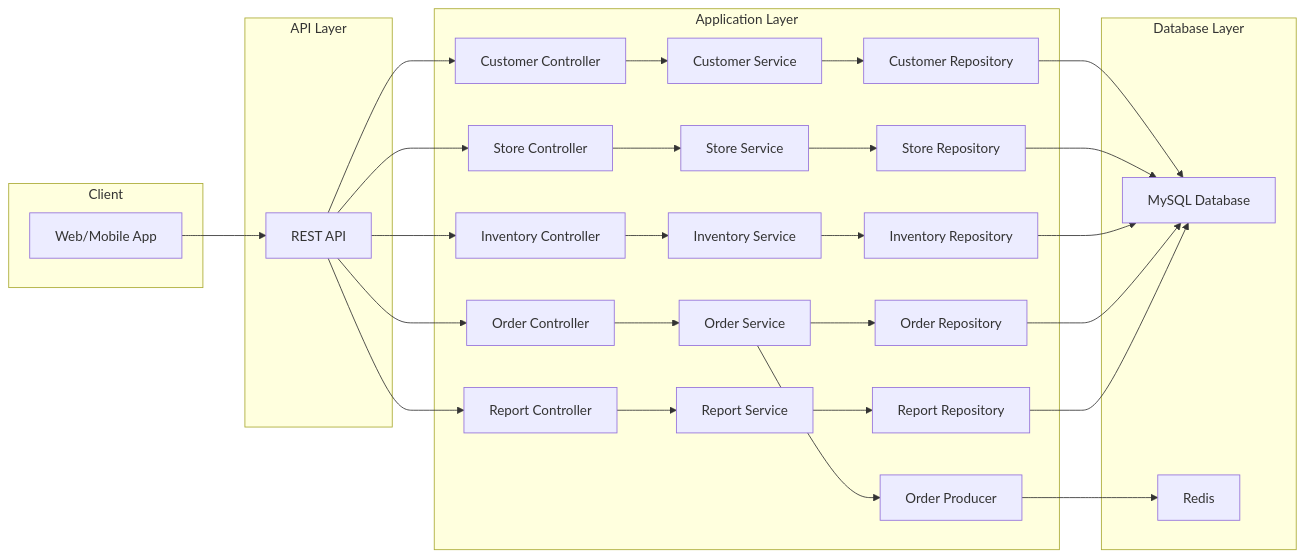
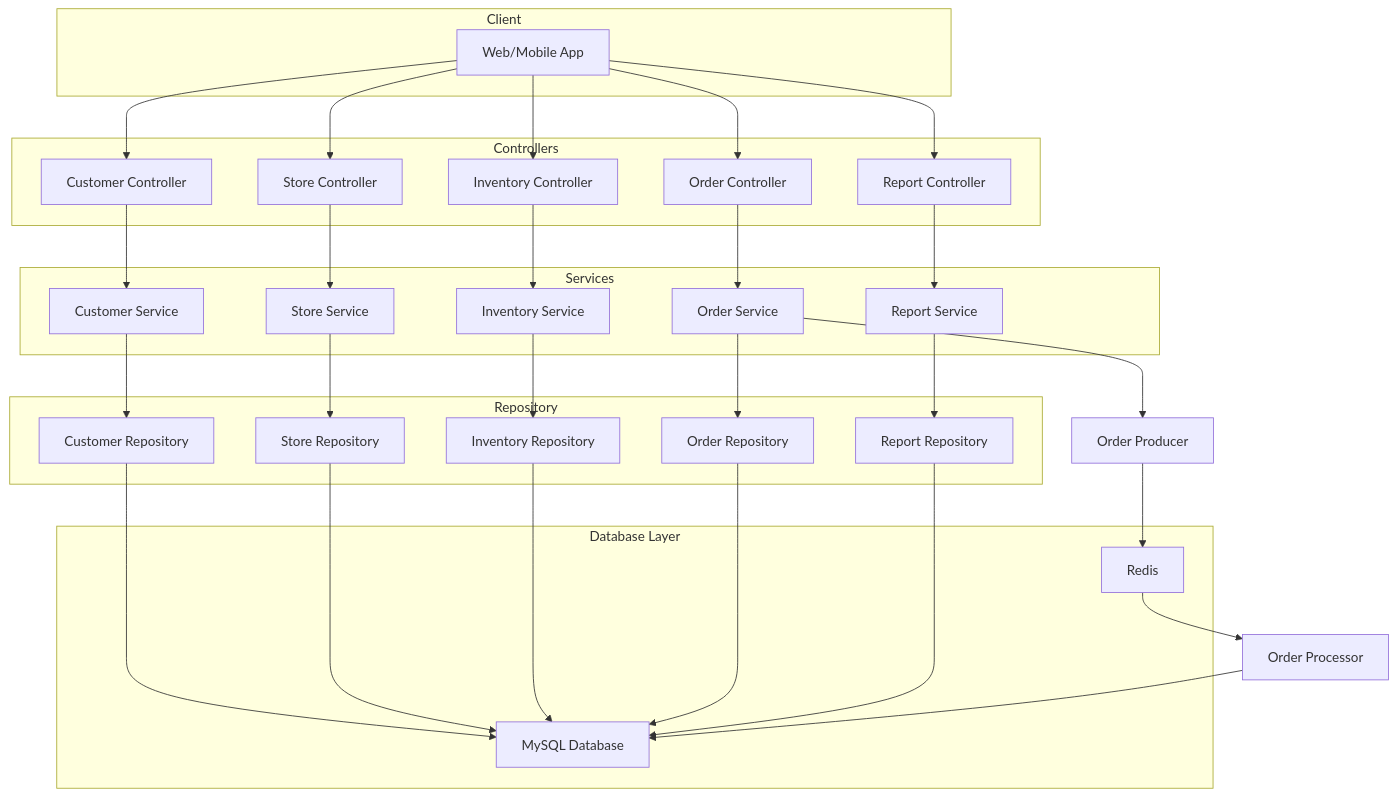
One commit to ariunbayar/sweet changed the first of 4 diagrams in README.md. Above: the diagram before and after it, drawn with Mermaid. The commit also changed other lines of this file, not shown here.

Commit message:
#62 Doc update

````diff
--- a/README.md
+++ b/README.md
@@ -7,59 +7,60 @@
 ```mermaid
-graph LR
+graph
 subgraph Client
     A[Web/Mobile App]
 end
-subgraph API Layer
-    B[REST API]
+subgraph Controllers
+    C[Customer Controller]
+    E[Store Controller]
+    G[Inventory Controller]
+    I[Order Controller]
+    K[Report Controller]
 end
-subgraph Application Layer
-    C[Customer Controller]
+subgraph Services
     D[Customer Service]
-    E[Store Controller]
     F[Store Service]
-    G[Inventory Controller]
     H[Inventory Service]
-    I[Order Controller]
     J[Order Service]
-    K[Report Controller]
     L[Report Service]
+end
+subgraph Repository
     Q[Report Repository]
     M[Customer Repository]
     N[Store Repository]
     O[Inventory Repository]
     P[Order Repository]
-    R[Order Producer]
 end
+
 subgraph Database Layer
-    S[MySQL Database]
-    S[MySQL Database]
-    S[MySQL Database]
-    S[MySQL Database]
     S[MySQL Database]
     T[Redis]
 end
 
-A --> B
-B --> C
-B --> E
-B --> G
-B --> I
-B --> K
+R[Order Producer]
+AA[Order Processor]
+
+T --> AA
+A --> C
+A --> E
+A --> G
+A --> I
+A --> K
 C --> D
 E --> F
 G --> H
 I --> J
 K --> L
 D --> M
 F --> N
 H --> O
 J --> P
 J --> R
 L --> Q
 M --> S
 N --> S
 O --> S
 P --> S
 Q --> S
 R --> T
+AA --> S
 ```
````
